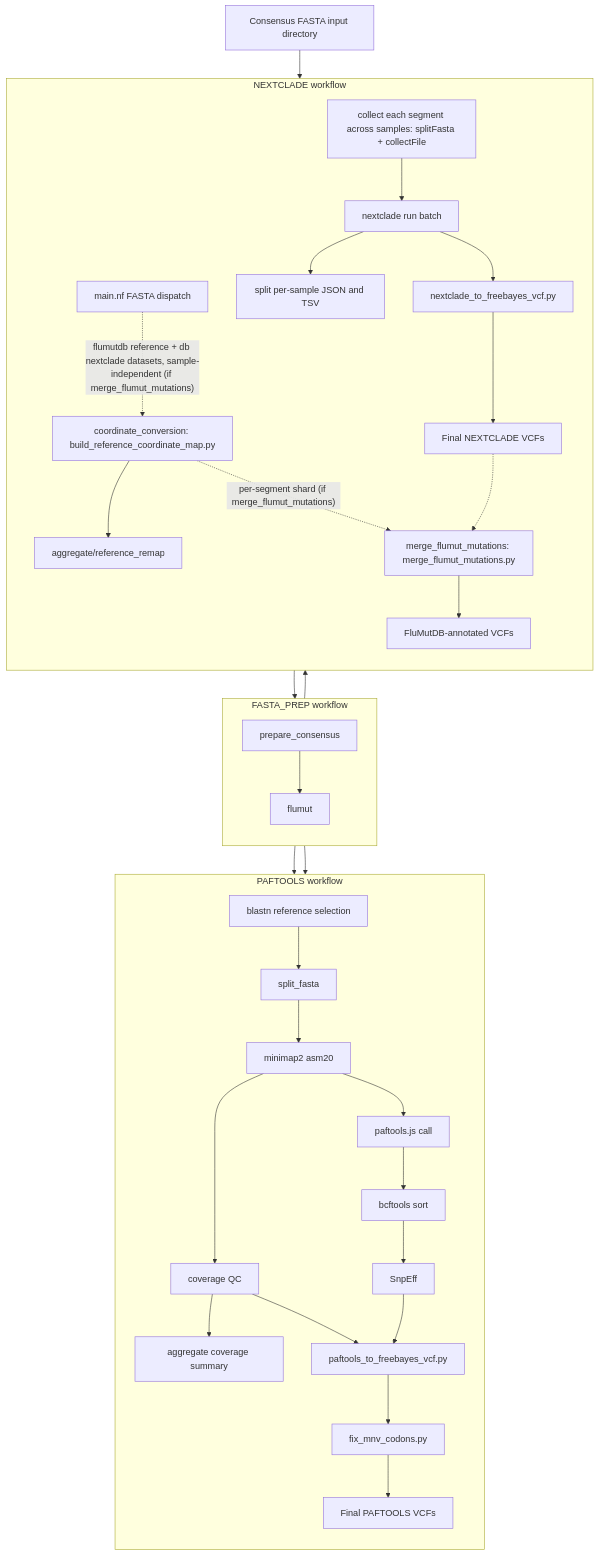
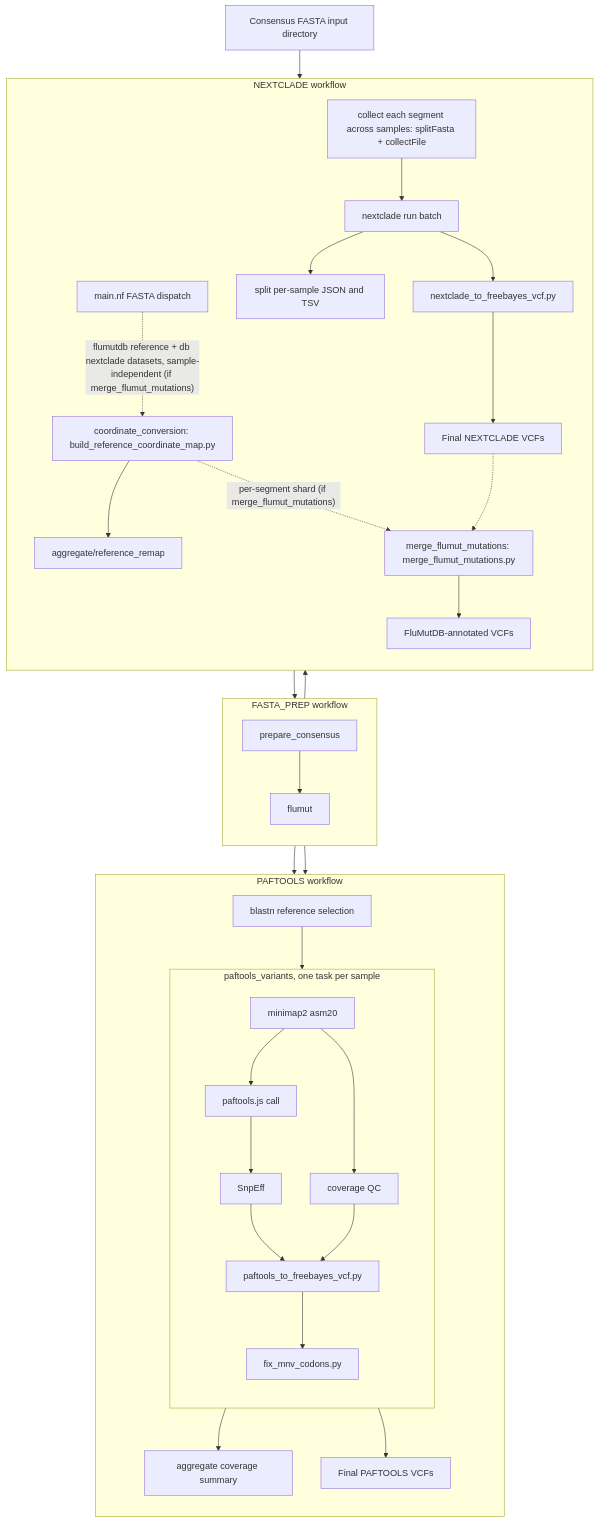
The diagram in README.md (BCCDC-PHL/fluscan-nf), drawn with Mermaid before and after one commit. The commit also changed other lines of this file and 12 other files, not shown here.

Commit message:
Consolidate PAFTOOLS into one task per sample (#26)

````diff
--- a/README.md
+++ b/README.md
@@ -44,69 +43,70 @@
 ```mermaid
 flowchart TD
     input[Consensus FASTA input directory]
     dispatch[main.nf FASTA dispatch]
 
     input --> dispatch
     dispatch --> prepare
 
     subgraph FASTA_PREP[FASTA_PREP workflow]
         direction TB
         prepare[prepare_consensus]
         prep_flumut[flumut]
 
         prepare --> prep_flumut
     end
 
     subgraph PAFTOOLS[PAFTOOLS workflow]
         direction TB
         blastn[blastn reference selection]
-        split_ref[split_fasta]
-        minimap[minimap2 asm20]
-        covqc[coverage QC]
         covagg[aggregate coverage summary]
-        paftools_call[paftools.js call]
-        sortvcf[bcftools sort]
-        snpeff[SnpEff]
-        paf2fb[paftools_to_freebayes_vcf.py]
-        fixmnv_paf[fix_mnv_codons.py]
         paf_final[Final PAFTOOLS VCFs]
 
+        subgraph paftools_variants[paftools_variants, one task per sample]
+            direction TB
+            minimap[minimap2 asm20]
+            covqc[coverage QC]
+            paftools_call[paftools.js call]
+            snpeff[SnpEff]
+            paf2fb[paftools_to_freebayes_vcf.py]
+            fixmnv_paf[fix_mnv_codons.py]
+
+            minimap --> covqc
+            minimap --> paftools_call
+            paftools_call --> snpeff
+            snpeff --> paf2fb
+            covqc --> paf2fb
+            paf2fb --> fixmnv_paf
+        end
+
         prepare --> blastn
-        prepare --> split_ref
-        blastn --> split_ref
-        split_ref --> minimap
-        minimap --> covqc
+        prepare --> minimap
+        blastn --> minimap
         covqc --> covagg
-        minimap --> paftools_call
-        paftools_call --> sortvcf
-        sortvcf --> snpeff
-        snpeff --> paf2fb
-        covqc --> paf2fb
-        paf2fb --> fixmnv_paf
         fixmnv_paf --> paf_final
     end
 
     subgraph NEXTCLADE[NEXTCLADE workflow]
         direction TB
         groupseg[collect each segment across samples: splitFasta + collectFile]
         nc_run[nextclade run batch]
         split_results[split per-sample JSON and TSV]
         nc2vcf[nextclade_to_freebayes_vcf.py]
         nc_final[Final NEXTCLADE VCFs]
         coord_map[coordinate_conversion: build_reference_coordinate_map.py]
         coord_final[aggregate/reference_remap]
         flumut_merge[merge_flumut_mutations: merge_flumut_mutations.py]
         flumut_annotated[FluMutDB-annotated VCFs]
 
         prepare --> groupseg
         groupseg --> nc_run
         nc_run --> split_results
         nc_run --> nc2vcf
         nc2vcf --> nc_final
         dispatch -.->|"flumutdb reference + db nextclade datasets, sample-independent (if merge_flumut_mutations)"| coord_map
         coord_map --> coord_final
         coord_map -.->|"per-segment shard (if merge_flumut_mutations)"| flumut_merge
         nc_final -.-> flumut_merge
         flumut_merge --> flumut_annotated
     end
 ```
````
